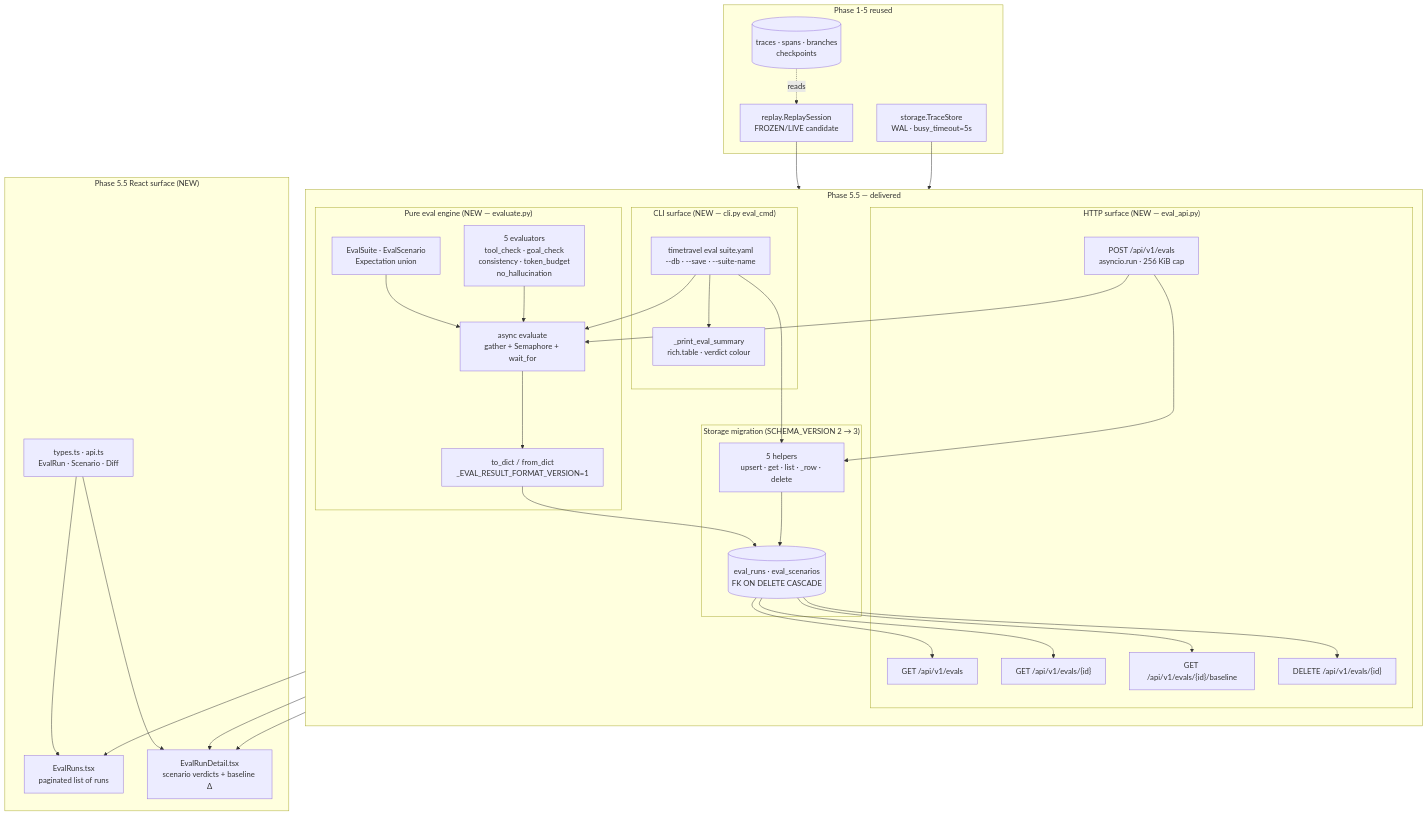
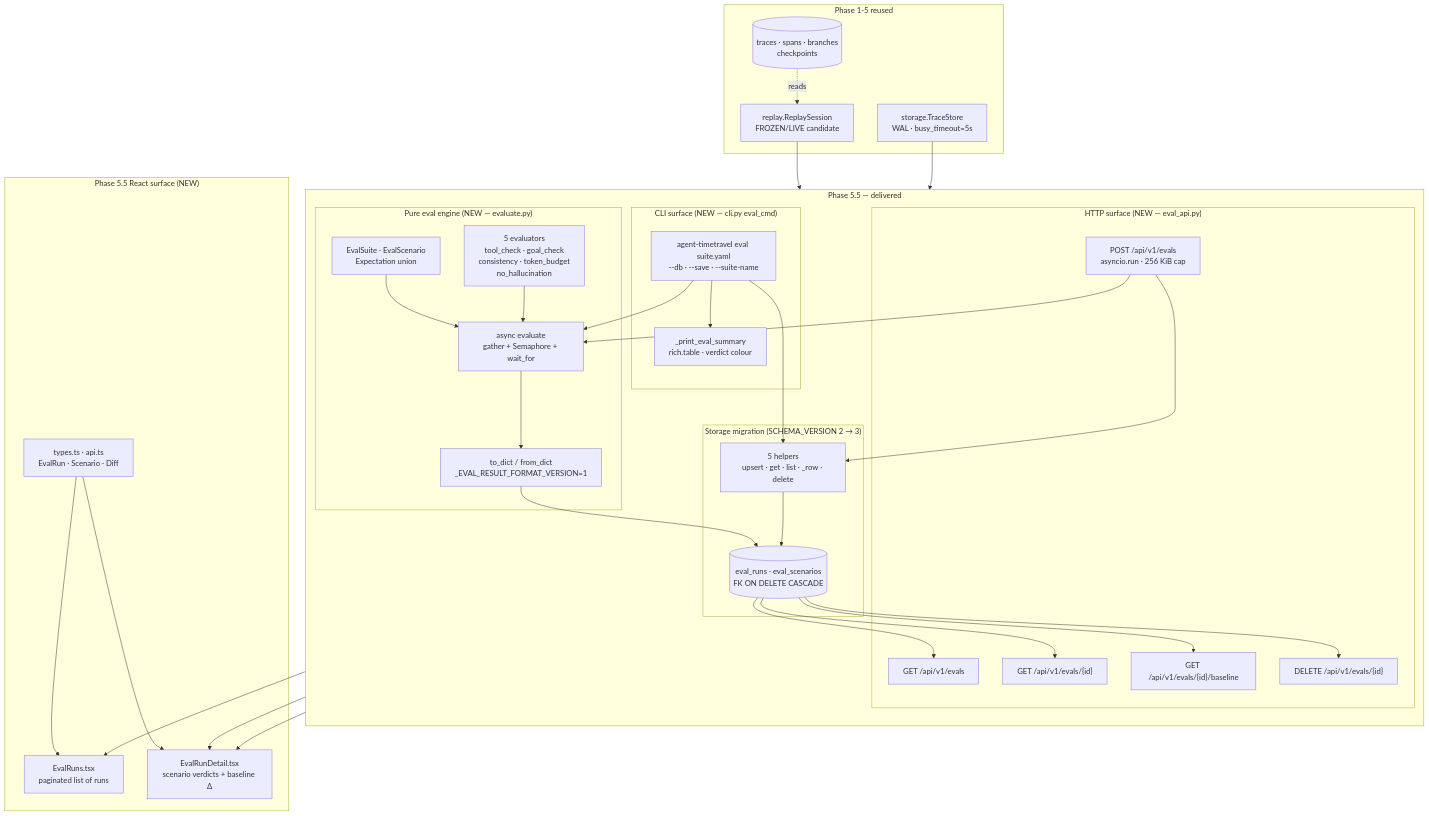
One commit to akshay-mp/Rewind changed the diagram in docs/diagrams/phase5.5-architecture.mmd. Above: the diagram before and after it, drawn with Mermaid. The commit also changed 113 other files, not shown here.

Commit message:
Prepare agent-timetravel 0.2.0 release

```diff
--- a/docs/diagrams/phase5.5-architecture.mmd
+++ b/docs/diagrams/phase5.5-architecture.mmd
@@ -1,71 +1,71 @@
 flowchart TB
     %% Phase 5.5 architecture — eval harness layered on top of the Phase 1-5
     %% capture/replay stack. New surfaces are highlighted as NEW; the reused
     %% storage layer is unchanged bar a migration.
 
     subgraph P55["Phase 5.5 — delivered"]
         direction TB
 
         subgraph EvalEngine["Pure eval engine (NEW — evaluate.py)"]
             Spec["EvalSuite · EvalScenario<br/>Expectation union"]
             Handlers["5 evaluators<br/>tool_check · goal_check<br/>consistency · token_budget<br/>no_hallucination"]
             Orchestrate["async evaluate<br/>gather + Semaphore + wait_for"]
             Serialize["to_dict / from_dict<br/>_EVAL_RESULT_FORMAT_VERSION=1"]
         end
 
         subgraph EvalStore["Storage migration (SCHEMA_VERSION 2 → 3)"]
             EvalTables[("eval_runs · eval_scenarios<br/>FK ON DELETE CASCADE")]
             FiveHelpers["5 helpers<br/>upsert · get · list · _row · delete"]
         end
 
         subgraph EvalApi["HTTP surface (NEW — eval_api.py)"]
             RoutesList["GET /api/v1/evals"]
             RoutesCreate["POST /api/v1/evals<br/>asyncio.run · 256 KiB cap"]
             RoutesGet["GET /api/v1/evals/{id}"]
             RoutesBaseline["GET /api/v1/evals/{id}/baseline"]
             RoutesDelete["DELETE /api/v1/evals/{id}"]
         end
 
         subgraph EvalCLI["CLI surface (NEW — cli.py eval_cmd)"]
-            Cli["timetravel eval suite.yaml<br/>--db · --save · --suite-name"]
+            Cli["agent-timetravel eval suite.yaml<br/>--db · --save · --suite-name"]
             CliSummary["_print_eval_summary<br/>rich.table · verdict colour"]
         end
     end
 
     subgraph P55UI["Phase 5.5 React surface (NEW)"]
         EvalRunsList["EvalRuns.tsx<br/>paginated list of runs"]
         EvalRunDetailComp["EvalRunDetail.tsx<br/>scenario verdicts + baseline Δ"]
         TypesNew["types.ts · api.ts<br/>EvalRun · Scenario · Diff"]
     end
 
     subgraph Reused["Phase 1-5 reused"]
         Replay["replay.ReplaySession<br/>FROZEN/LIVE candidate"]
         StoreV3["storage.TraceStore<br/>WAL · busy_timeout=5s"]
         ExistingTrace[("traces · spans · branches<br/>checkpoints")]
     end
 
     %% flow
     Spec --> Orchestrate
     Handlers --> Orchestrate
     Replay --> Orchestrate
     Orchestrate --> Serialize
     Serialize --> EvalTables
     FiveHelpers --> EvalTables
     EvalTables --> RoutesList
     EvalTables --> RoutesGet
     EvalTables --> RoutesBaseline
     EvalTables --> RoutesDelete
     RoutesCreate --> Orchestrate
     RoutesCreate --> FiveHelpers
     Cli --> Orchestrate
     Cli --> CliSummary
     Cli --> FiveHelpers
 
     RoutesList --> EvalRunsList
     RoutesGet --> EvalRunDetailComp
     RoutesBaseline --> EvalRunDetailComp
     TypesNew --> EvalRunsList
     TypesNew --> EvalRunDetailComp
 
     StoreV3 --> EvalStore
     ExistingTrace -. reads .-> Replay
```
